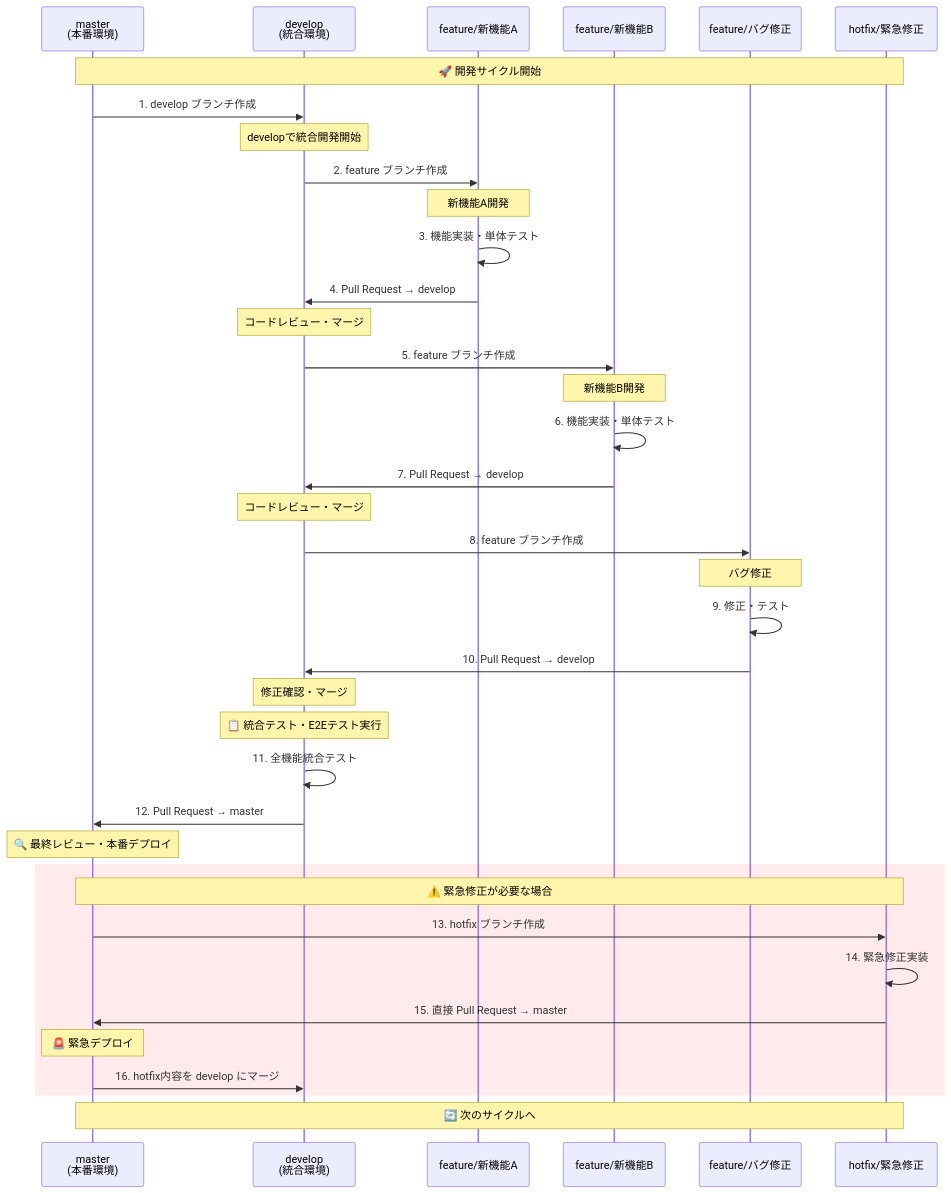
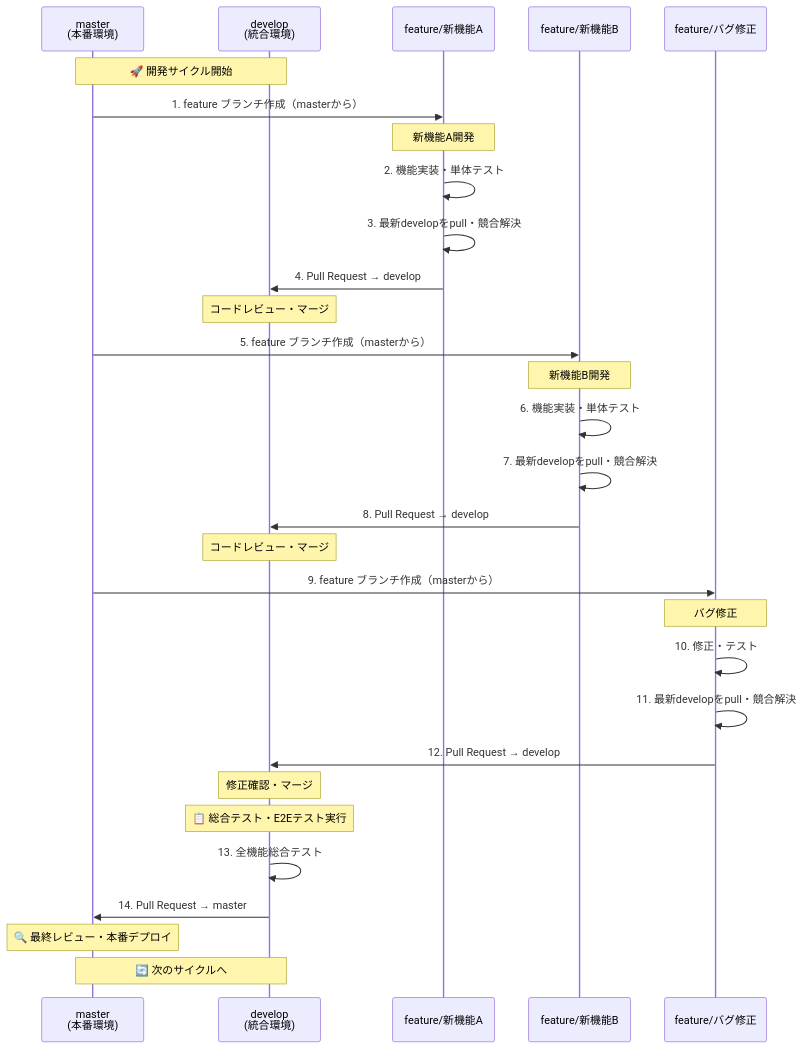
One commit to ando-front/azureDevOps changed the first of 4 diagrams in docs/CI_CD_GUIDE.md. Above: the diagram before and after it, drawn with Mermaid. The commit also changed other lines of this file and 2 other files, not shown here.

````diff
--- a/docs/CI_CD_GUIDE.md
+++ b/docs/CI_CD_GUIDE.md
@@ -18,49 +17,39 @@
 ```mermaid
 sequenceDiagram
     participant M as master<br/>(本番環境)
     participant D as develop<br/>(統合環境) 
     participant F1 as feature/新機能A
     participant F2 as feature/新機能B
     participant F3 as feature/バグ修正
-    participant H as hotfix/緊急修正
     
-    Note over M,H: 🚀 開発サイクル開始
+    Note over M,D: 🚀 開発サイクル開始
     
-    M->>D: 1. develop ブランチ作成
-    Note over D: developで統合開発開始
-    
-    D->>F1: 2. feature ブランチ作成
+    M->>F1: 1. feature ブランチ作成（masterから）
     Note over F1: 新機能A開発
-    F1->>F1: 3. 機能実装・単体テスト
+    F1->>F1: 2. 機能実装・単体テスト
+    F1->>F1: 3. 最新developをpull・競合解決
     F1->>D: 4. Pull Request → develop
     Note over D: コードレビュー・マージ
     
-    D->>F2: 5. feature ブランチ作成
+    M->>F2: 5. feature ブランチ作成（masterから）
     Note over F2: 新機能B開発
     F2->>F2: 6. 機能実装・単体テスト
-    F2->>D: 7. Pull Request → develop
+    F2->>F2: 7. 最新developをpull・競合解決
+    F2->>D: 8. Pull Request → develop
     Note over D: コードレビュー・マージ
     
-    D->>F3: 8. feature ブランチ作成
+    M->>F3: 9. feature ブランチ作成（masterから）
     Note over F3: バグ修正
-    F3->>F3: 9. 修正・テスト
-    F3->>D: 10. Pull Request → develop
+    F3->>F3: 10. 修正・テスト
+    F3->>F3: 11. 最新developをpull・競合解決
+    F3->>D: 12. Pull Request → develop
     Note over D: 修正確認・マージ
     
-    Note over D: 📋 統合テスト・E2Eテスト実行
-    D->>D: 11. 全機能統合テスト
+    Note over D: 📋 総合テスト・E2Eテスト実行
+    D->>D: 13. 全機能総合テスト
     
-    D->>M: 12. Pull Request → master
+    D->>M: 14. Pull Request → master
     Note over M: 🔍 最終レビュー・本番デプロイ
     
-    rect rgb(255, 235, 235)
-        Note over M,H: ⚠️ 緊急修正が必要な場合
-        M->>H: 13. hotfix ブランチ作成
-        H->>H: 14. 緊急修正実装
-        H->>M: 15. 直接 Pull Request → master
-        Note over M: 🚨 緊急デプロイ
-        M->>D: 16. hotfix内容を develop にマージ
-    end
-    
-    Note over M,H: 🔄 次のサイクルへ
+    Note over M,D: 🔄 次のサイクルへ
 ```
````
